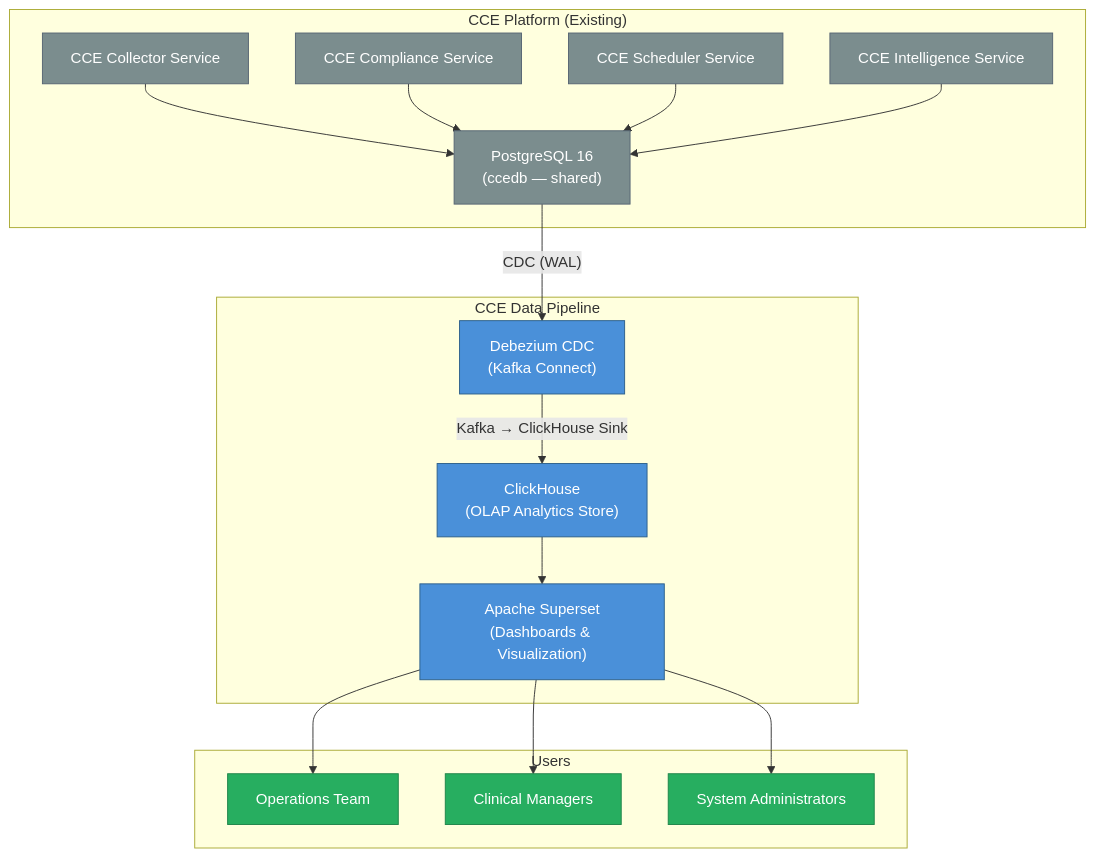
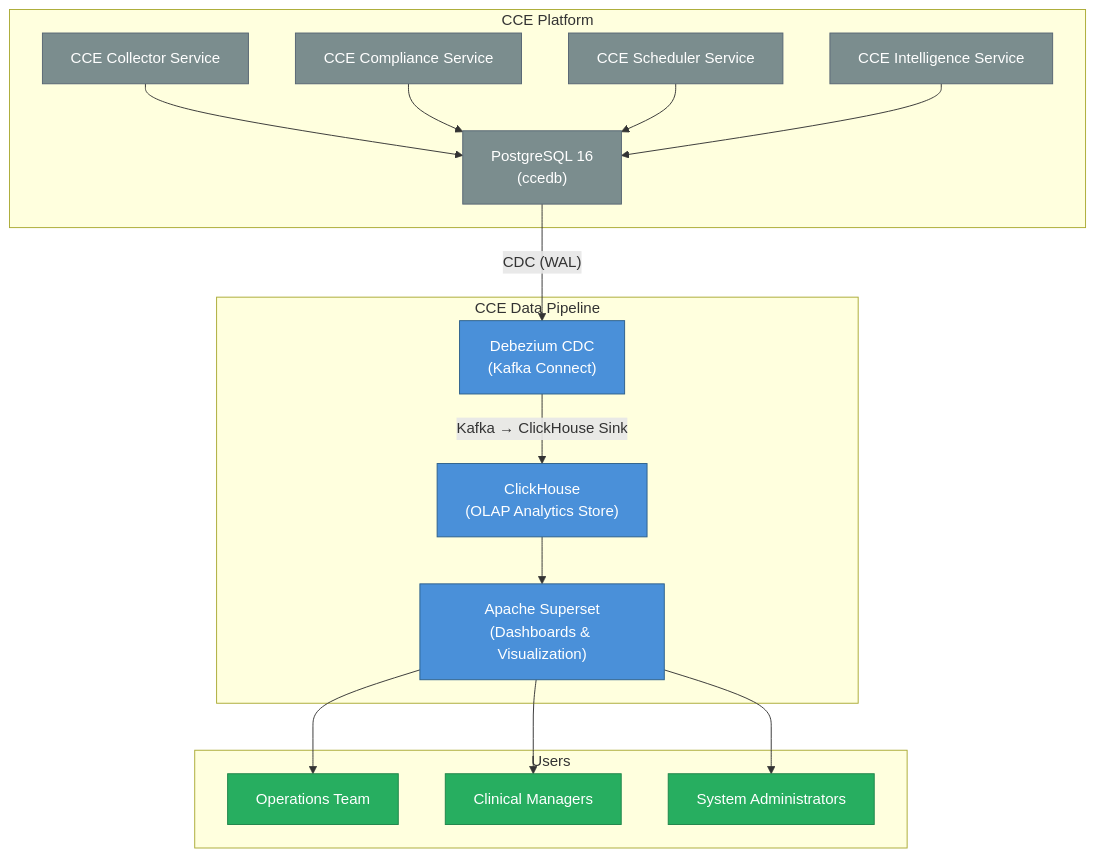
The first of 2 diagrams in docs/architecture-overview.md (Jayaprakash8887/cce-data-pipeline), drawn with Mermaid before and after one commit.

Commit message:
fix: update CCE Platform subgraph label in architecture overview for clarity

````diff
--- a/docs/architecture-overview.md
+++ b/docs/architecture-overview.md
@@ -19,43 +19,43 @@
 ```mermaid
 graph TB
-    subgraph Existing["CCE Platform (Existing)"]
+    subgraph Existing["CCE Platform"]
         COLLECTOR["CCE Collector Service"]
         COMPLIANCE["CCE Compliance Service"]
         SCHEDULER["CCE Scheduler Service"]
         INTELLIGENCE["CCE Intelligence Service"]
-        PG["PostgreSQL 16<br/>(ccedb — shared)"]
+        PG["PostgreSQL 16<br/>(ccedb)"]
     end
 
     subgraph Pipeline["CCE Data Pipeline"]
         DEBEZIUM["Debezium CDC<br/>(Kafka Connect)"]
         CLICKHOUSE["ClickHouse<br/>(OLAP Analytics Store)"]
         SUPERSET["Apache Superset<br/>(Dashboards & Visualization)"]
     end
 
     subgraph Users
         OPS["Operations Team"]
         CLINICAL["Clinical Managers"]
         ADMIN["System Administrators"]
     end
 
     COLLECTOR --> PG
     COMPLIANCE --> PG
     SCHEDULER --> PG
     INTELLIGENCE --> PG
 
     PG -->|"CDC (WAL)"| DEBEZIUM
     DEBEZIUM -->|"Kafka → ClickHouse Sink"| CLICKHOUSE
     CLICKHOUSE --> SUPERSET
 
     SUPERSET --> OPS
     SUPERSET --> CLINICAL
     SUPERSET --> ADMIN
 
     classDef existing fill:#7B8D8E,stroke:#566573,color:white
     classDef pipeline fill:#4A90D9,stroke:#2C5F8A,color:white
     classDef users fill:#27AE60,stroke:#1E8449,color:white
 
     class COLLECTOR,COMPLIANCE,SCHEDULER,INTELLIGENCE,PG existing
     class DEBEZIUM,CLICKHOUSE,SUPERSET pipeline
     class OPS,CLINICAL,ADMIN users
 ```
````
